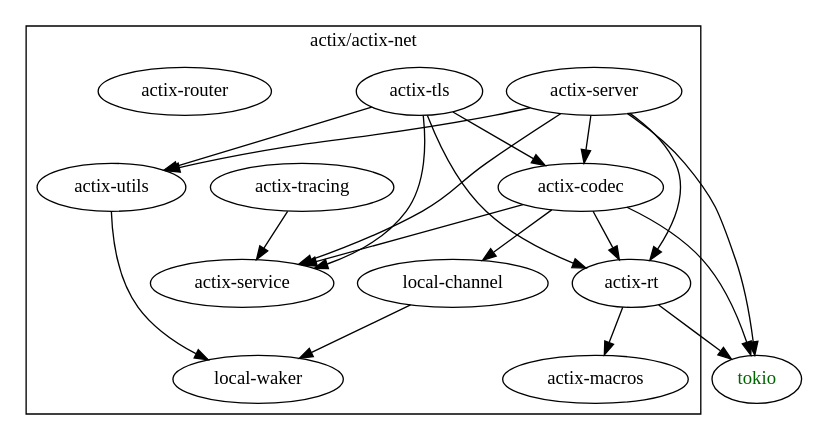
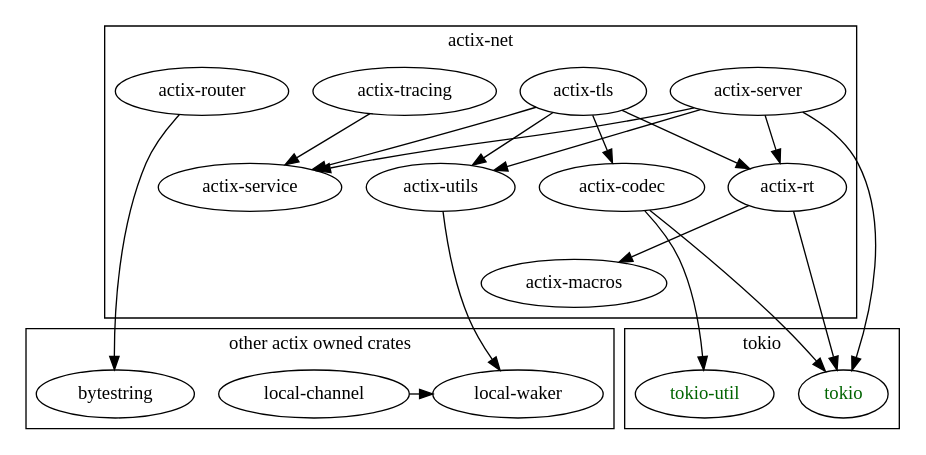
The diagram in docs/graphs/net-only.dot (actix/actix-web), drawn with Graphviz before and after one commit. The commit also changed 2 other files, not shown here.

```diff
--- a/docs/graphs/net-only.dot
+++ b/docs/graphs/net-only.dot
@@ -1,19 +1,42 @@
 digraph {
+    rankdir=TB
+
     subgraph cluster_net {
-        label="actix/actix-net";
+        label="actix-net"
+
         "actix-codec" "actix-macros" "actix-rt" "actix-server" "actix-service"
         "actix-tls" "actix-tracing" "actix-utils" "actix-router"
-        "local-channel" "local-waker"
+    }
+    
+    subgraph cluster_other {
+        label="other actix owned crates"
+
+        {
+            rank=same
+            "local-channel" "local-waker" "bytestring"
+        }
     }
 
-    "actix-codec" -> { "actix-rt" "actix-service" "local-channel" "tokio" }
+    subgraph cluster_tokio {
+        label="tokio"
+
+        "tokio" [fontcolor = darkgreen]
+        "tokio-util" [fontcolor = darkgreen]
+    }
+
+    "actix-codec" -> { "tokio" "tokio-util" }
     "actix-utils" -> { "local-waker" }
     "actix-tracing" -> { "actix-service" }
     "actix-tls" -> { "actix-service" "actix-codec" "actix-utils" "actix-rt" }
-    "actix-server" -> { "actix-service" "actix-rt" "actix-codec" "actix-utils" "tokio" }
+    "actix-server" -> { "actix-service" "actix-rt" "actix-utils" "tokio" }
     "actix-rt" -> { "actix-macros" "tokio" }
+    "actix-router" -> { "bytestring" }
 
     "local-channel" -> { "local-waker" }
 
-    "tokio" [fontcolor = darkgreen]
+    // invisible edges to force nicer layout
+    edge [style=invis]
+    "actix-macros" -> "tokio"
+    "actix-service" -> "bytestring"
+    "actix-macros" -> "bytestring"
 }
```
